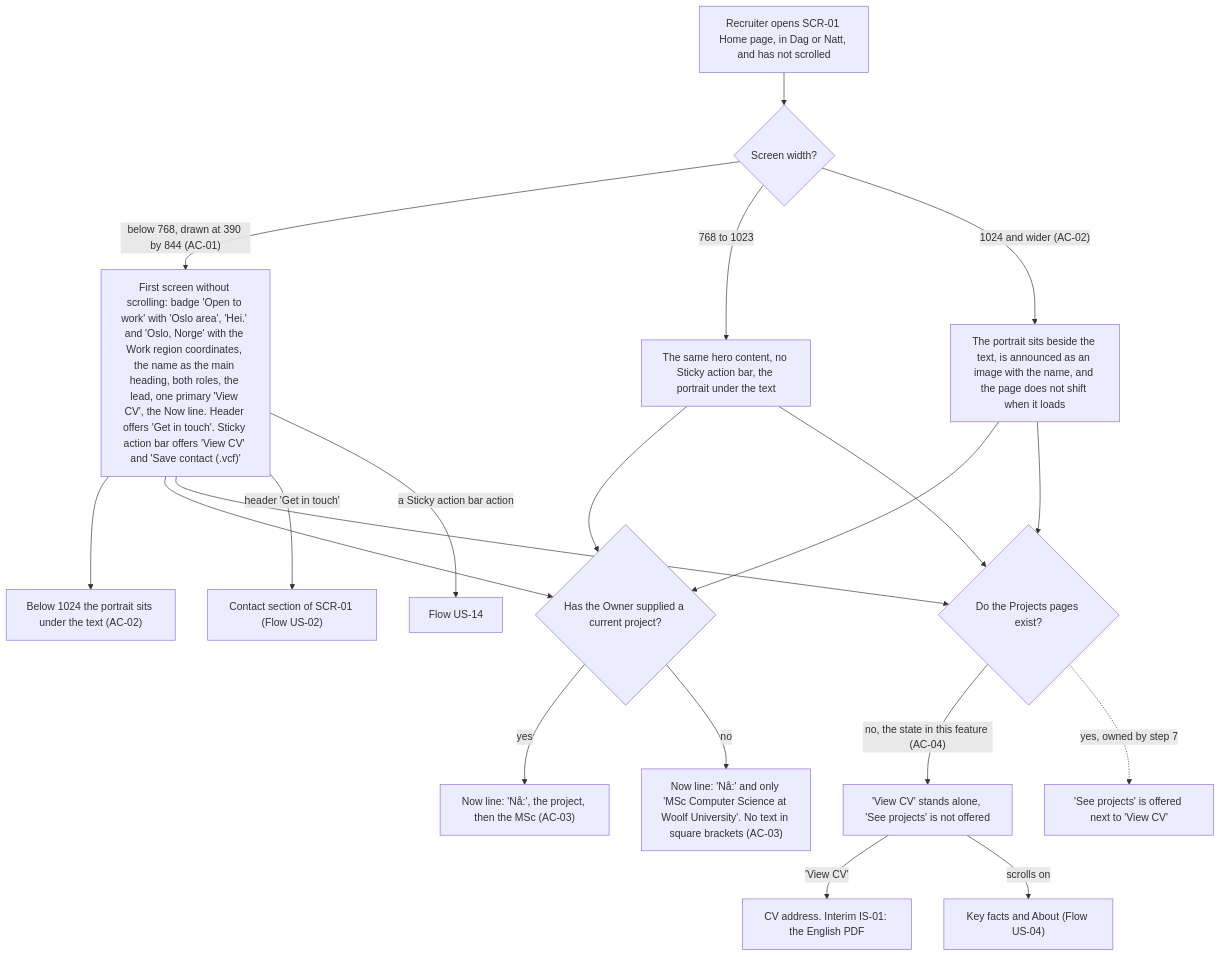
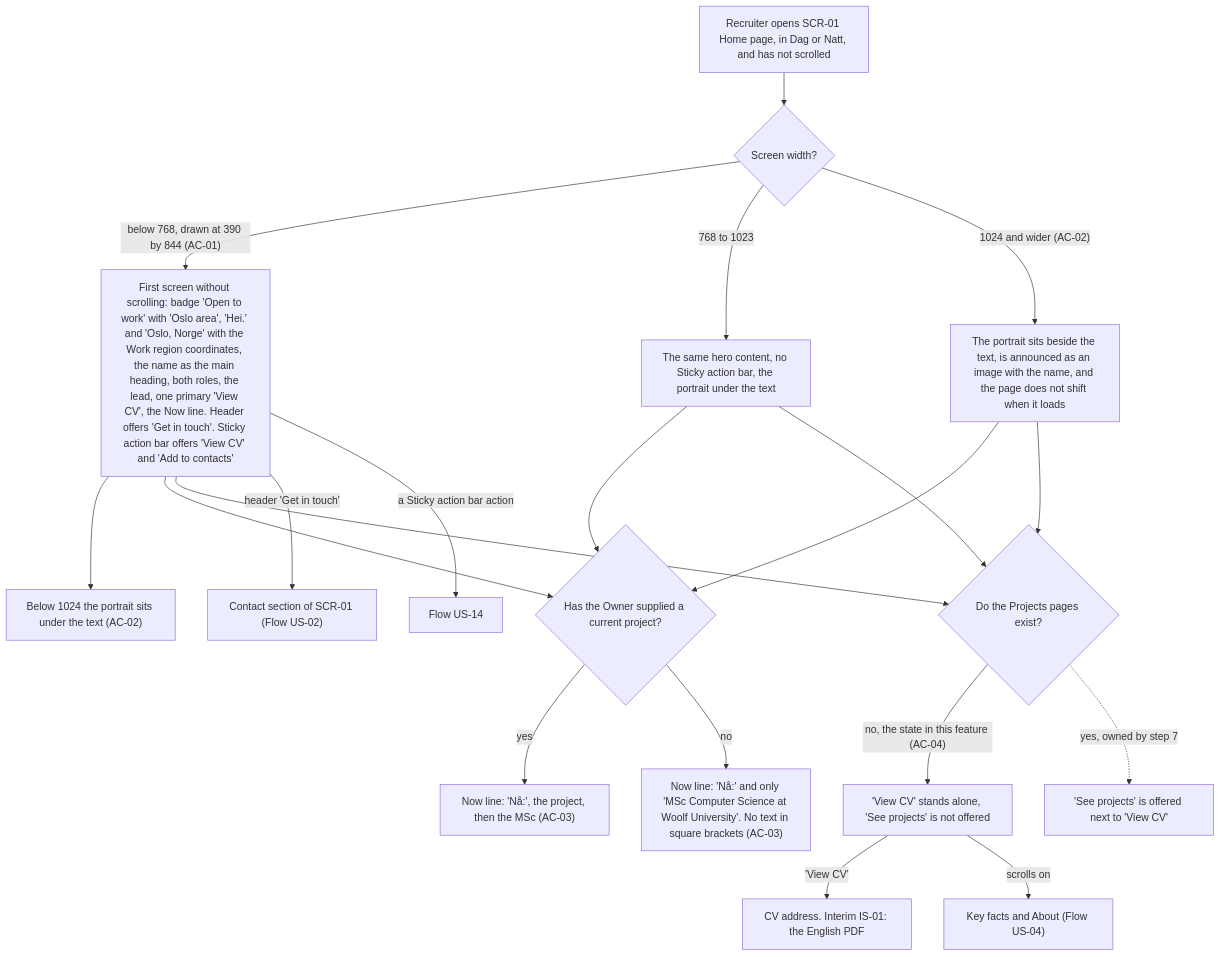
The first of 10 diagrams in docs/features/home/ux-flows.md (Ponomaleks/alpon.dev), drawn with Mermaid before and after one commit. The commit also changed other lines of this file and 29 other files, not shown here.

First line of the commit message:
feat(home): Rename the contact card action to "Add to contacts" with .vcf as meta text

````diff
--- a/docs/features/home/ux-flows.md
+++ b/docs/features/home/ux-flows.md
@@ -52,22 +52,22 @@
 ```mermaid
 flowchart TD
     A["Recruiter opens SCR-01 Home page, in Dag or Natt, and has not scrolled"] --> B{"Screen width?"}
-    B -->|"below 768, drawn at 390 by 844 (AC-01)"| C["First screen without scrolling: badge 'Open to work' with 'Oslo area', 'Hei.' and 'Oslo, Norge' with the Work region coordinates, the name as the main heading, both roles, the lead, one primary 'View CV', the Now line. Header offers 'Get in touch'. Sticky action bar offers 'View CV' and 'Save contact (.vcf)'"]
+    B -->|"below 768, drawn at 390 by 844 (AC-01)"| C["First screen without scrolling: badge 'Open to work' with 'Oslo area', 'Hei.' and 'Oslo, Norge' with the Work region coordinates, the name as the main heading, both roles, the lead, one primary 'View CV', the Now line. Header offers 'Get in touch'. Sticky action bar offers 'View CV' and 'Add to contacts'"]
     B -->|"768 to 1023"| D["The same hero content, no Sticky action bar, the portrait under the text"]
     B -->|"1024 and wider (AC-02)"| E["The portrait sits beside the text, is announced as an image with the name, and the page does not shift when it loads"]
     C --> P["Below 1024 the portrait sits under the text (AC-02)"]
     C --> N{"Has the Owner supplied a current project?"}
     D --> N
     E --> N
     N -->|"yes"| N1["Now line: 'Nå:', the project, then the MSc (AC-03)"]
     N -->|"no"| N2["Now line: 'Nå:' and only 'MSc Computer Science at Woolf University'. No text in square brackets (AC-03)"]
     C --> J{"Do the Projects pages exist?"}
     D --> J
     E --> J
     J -->|"no, the state in this feature (AC-04)"| J1["'View CV' stands alone, 'See projects' is not offered"]
     J -.->|"yes, owned by step 7"| J2["'See projects' is offered next to 'View CV'"]
     J1 -->|"'View CV'"| V["CV address. Interim IS-01: the English PDF"]
     C -->|"header 'Get in touch'"| K["Contact section of SCR-01 (Flow US-02)"]
     C -->|"a Sticky action bar action"| S["Flow US-14"]
     J1 -->|"scrolls on"| F["Key facts and About (Flow US-04)"]
 ```
````
